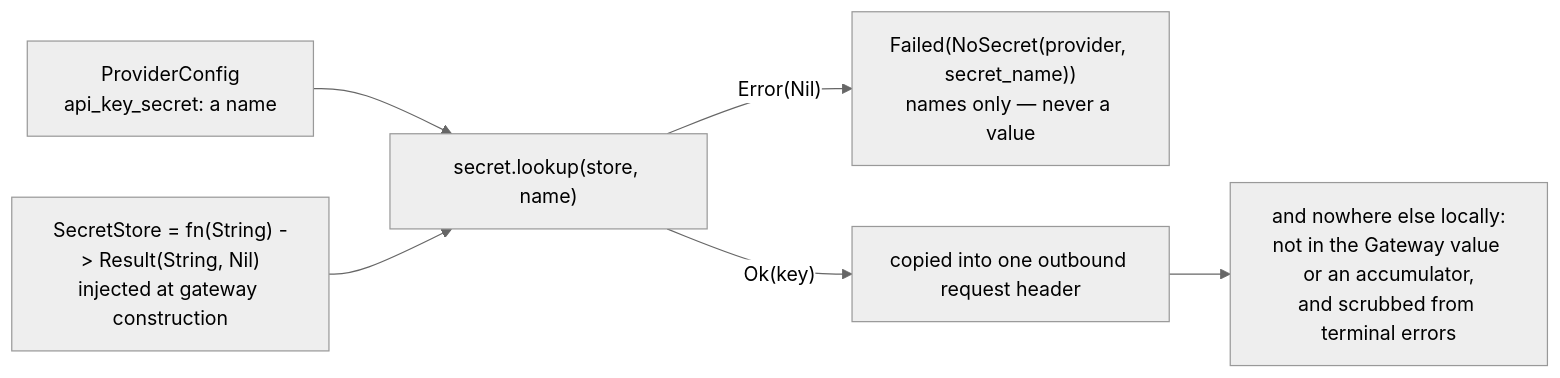
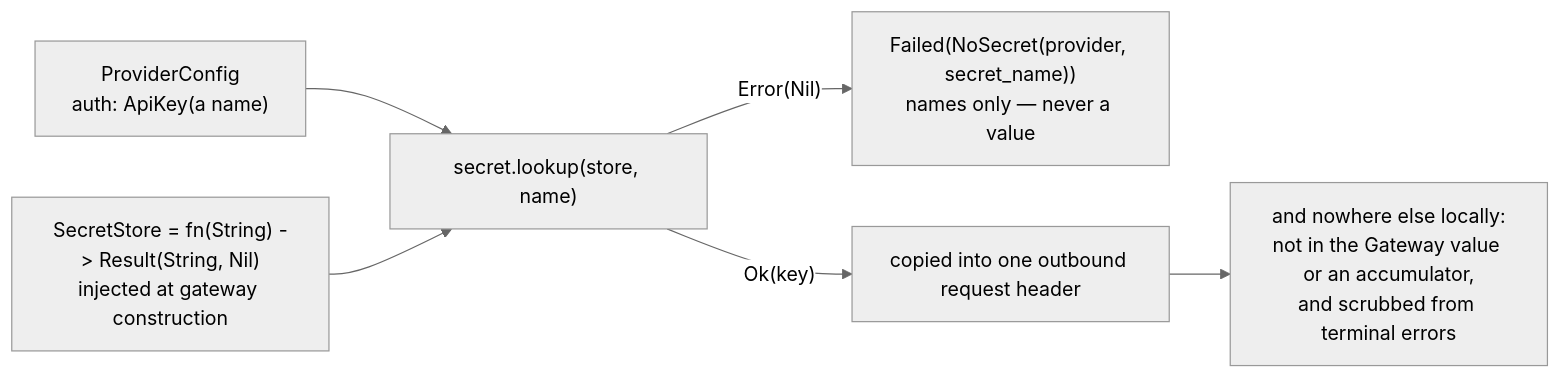
One commit to Roasbeef/loom changed the fourth of 4 diagrams in packages/provider/README.md. Above: the diagram before and after it, drawn with Mermaid (neutral theme). The commit also changed other lines of this file and 19 other files, not shown here.

````diff
--- a/packages/provider/README.md
+++ b/packages/provider/README.md
@@ -210,8 +213,8 @@
 ```mermaid
 flowchart LR
-  CFG["ProviderConfig<br/>api_key_secret: a name"] --> LK["secret.lookup(store, name)"]
+  CFG["ProviderConfig<br/>auth: ApiKey(a name)"] --> LK["secret.lookup(store, name)"]
   ST["SecretStore = fn(String) -> Result(String, Nil)<br/>injected at gateway construction"] --> LK
   LK -->|"Error(Nil)"| NS["Failed(NoSecret(provider, secret_name))<br/>names only — never a value"]
   LK -->|"Ok(key)"| HDR["copied into one outbound request header"]
   HDR --> X["and nowhere else locally:<br/>not in the Gateway value or an accumulator,<br/>and scrubbed from terminal errors"]
 ```
````
